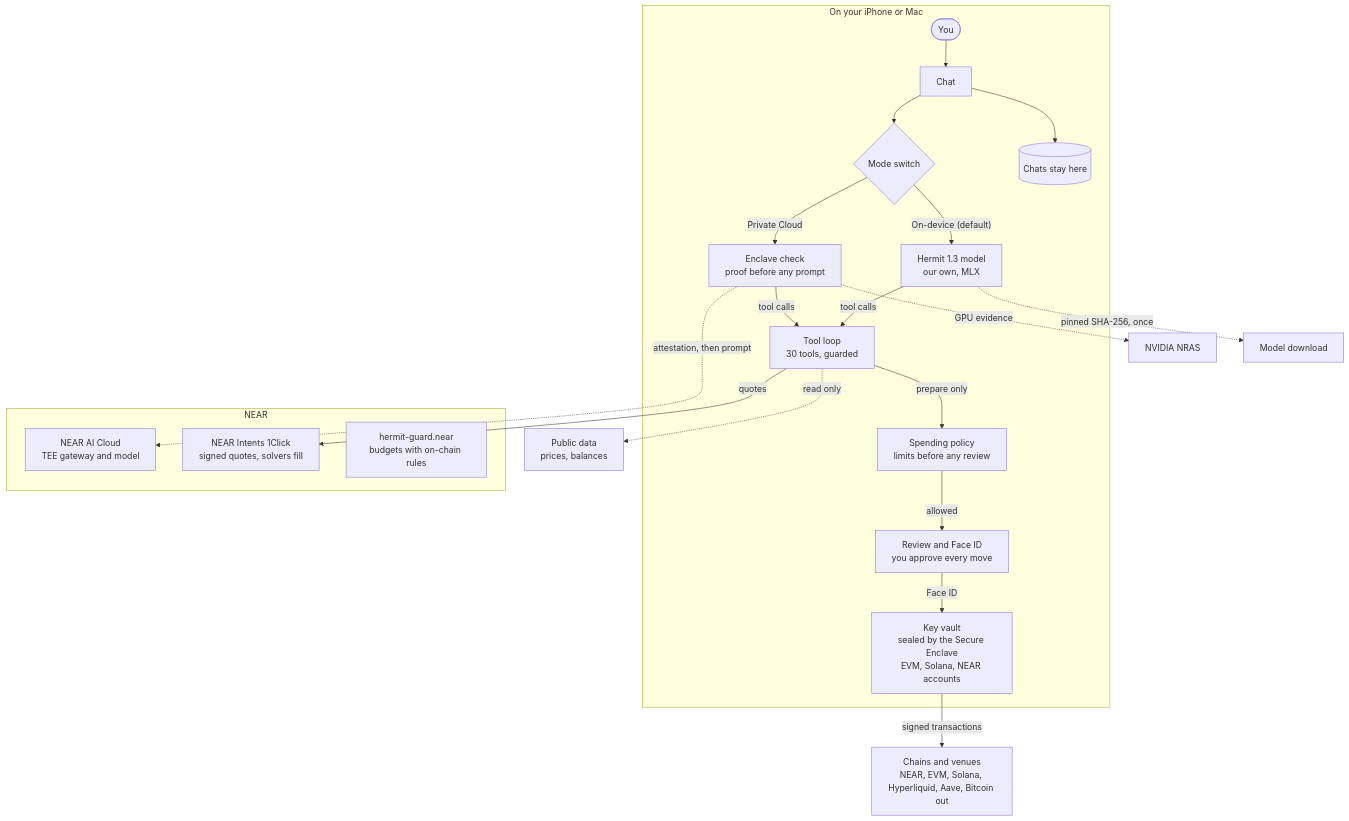
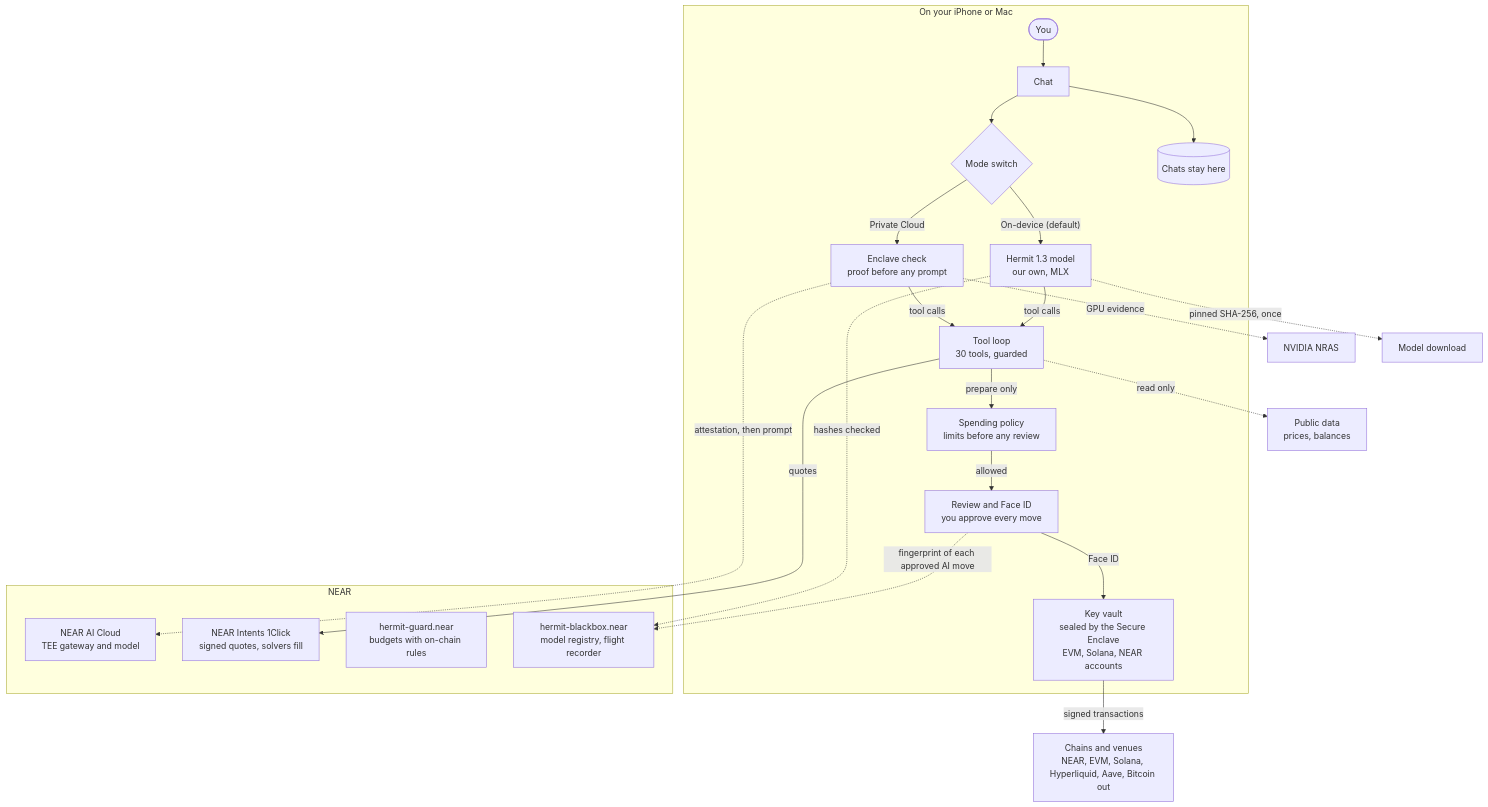
Before and after one commit to Hermit-Ai-Labs/hermit-app: the first of 8 diagrams in docs/ARCHITECTURE.md, drawn with Mermaid. The commit also changed other lines of this file and 47 other files, not shown here.

Commit message:
Black Box and AI insurance go live on NEAR mainnet: model registry, flight recorder, and a public pool that pays back AI mistakes

````diff
--- a/docs/ARCHITECTURE.md
+++ b/docs/ARCHITECTURE.md
@@ -13,26 +13,29 @@
 ```mermaid
 flowchart TB
   subgraph device["On your iPhone or Mac"]
     you([You]) --> chat[Chat]
     chat --> mode{Mode switch}
     mode -- "On-device (default)" --> model["Hermit 1.3 model<br/>our own, MLX"]
     mode -- "Private Cloud" --> enclave["Enclave check<br/>proof before any prompt"]
     model -- tool calls --> loop["Tool loop<br/>30 tools, guarded"]
     enclave -- "tool calls" --> loop
     loop -- "prepare only" --> policy["Spending policy<br/>limits before any review"]
     policy -- allowed --> review["Review and Face ID<br/>you approve every move"]
     review -- "Face ID" --> vault["Key vault<br/>sealed by the Secure Enclave<br/>EVM, Solana, NEAR accounts"]
     chat --> chats[("Chats stay here")]
   end
   subgraph near["NEAR"]
     cloud["NEAR AI Cloud<br/>TEE gateway and model"]
     intents["NEAR Intents 1Click<br/>signed quotes, solvers fill"]
     guard["hermit-guard.near<br/>budgets with on-chain rules"]
+    bbox["hermit-blackbox.near<br/>model registry, flight recorder"]
   end
   enclave -. "attestation, then prompt" .-> cloud
   loop -- quotes --> intents
   vault -- "signed transactions" --> chains["Chains and venues<br/>NEAR, EVM, Solana, Hyperliquid, Aave, Bitcoin out"]
   loop -. "read only" .-> data["Public data<br/>prices, balances"]
   enclave -. "GPU evidence" .-> nras["NVIDIA NRAS"]
   model -. "pinned SHA-256, once" .-> dl["Model download"]
+  review -. "fingerprint of each approved AI move" .-> bbox
+  model -. "hashes checked" .-> bbox
 ```
````
